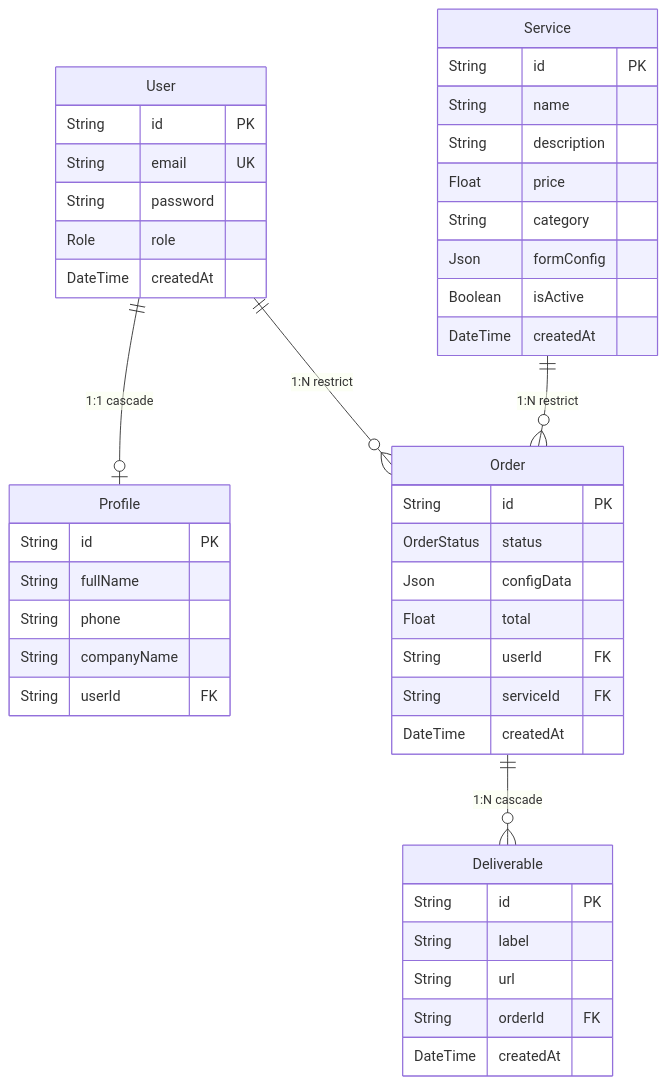
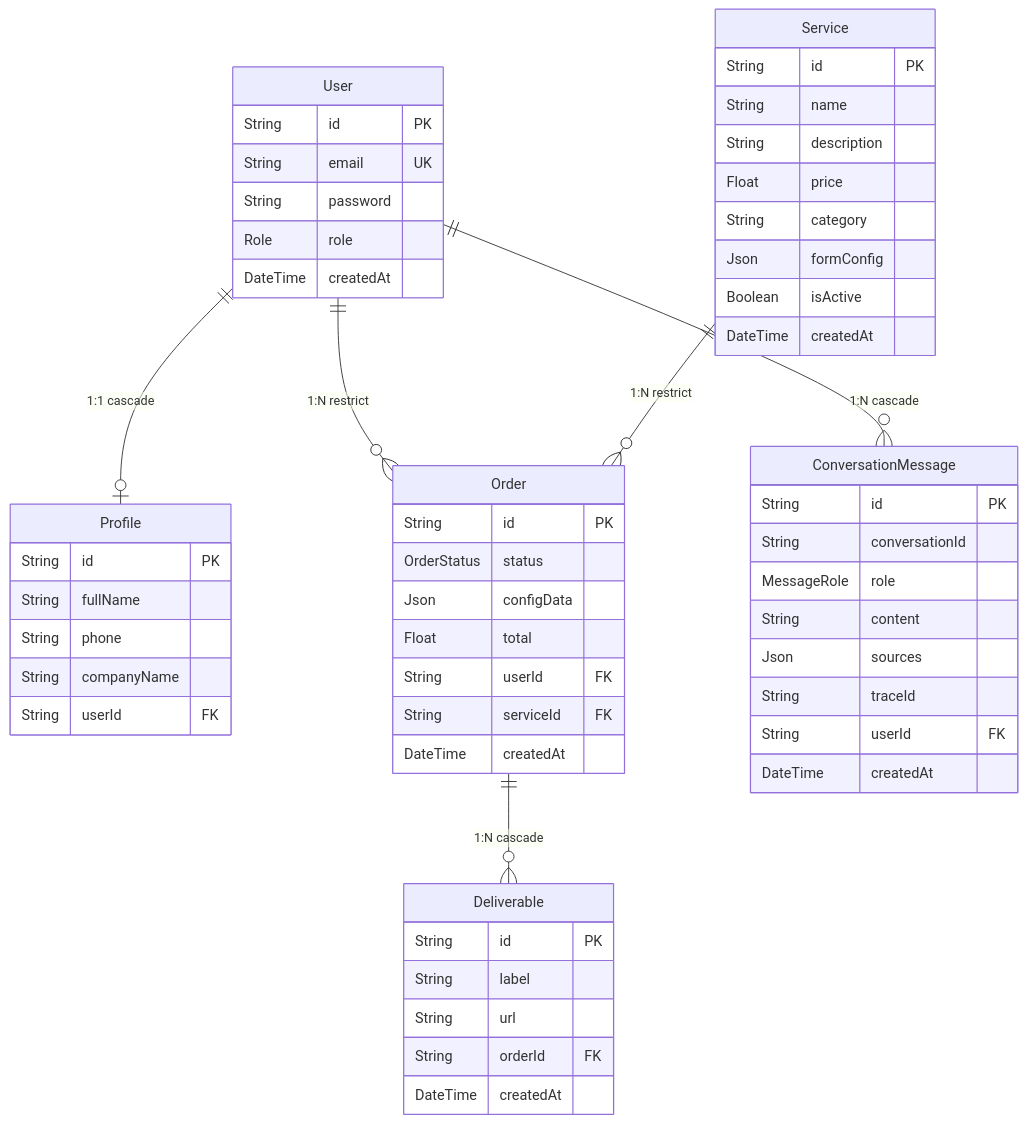
The fourth of 6 diagrams in swift-ecommerce/backend/README.md (Sindy138/swift-studio-ecosystem), drawn with Mermaid before and after one commit. The commit also changed other lines of this file and 1 other file, not shown here.

````diff
--- a/swift-ecommerce/backend/README.md
+++ b/swift-ecommerce/backend/README.md
@@ -51,48 +147,59 @@
 ```mermaid
 erDiagram
   User {
     String id PK
     String email UK
     String password
     Role role
     DateTime createdAt
   }
   Profile {
     String id PK
     String fullName
     String phone
     String companyName
     String userId FK
   }
   Service {
     String id PK
     String name
     String description
     Float price
     String category
     Json formConfig
     Boolean isActive
     DateTime createdAt
   }
   Order {
     String id PK
     OrderStatus status
     Json configData
     Float total
     String userId FK
     String serviceId FK
     DateTime createdAt
   }
   Deliverable {
     String id PK
     String label
     String url
     String orderId FK
     DateTime createdAt
   }
+  ConversationMessage {
+    String id PK
+    String conversationId
+    MessageRole role
+    String content
+    Json sources
+    String traceId
+    String userId FK
+    DateTime createdAt
+  }
 
   User ||--o| Profile : "1:1 cascade"
   User ||--o{ Order : "1:N restrict"
   Service ||--o{ Order : "1:N restrict"
   Order ||--o{ Deliverable : "1:N cascade"
+  User ||--o{ ConversationMessage : "1:N cascade"
 ```
````
